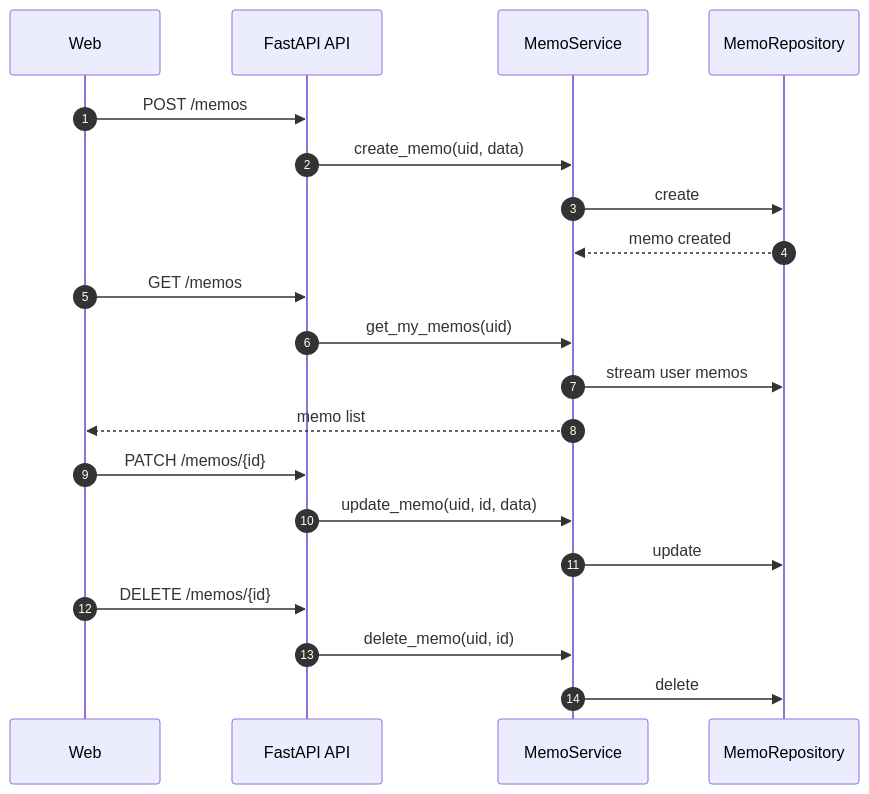
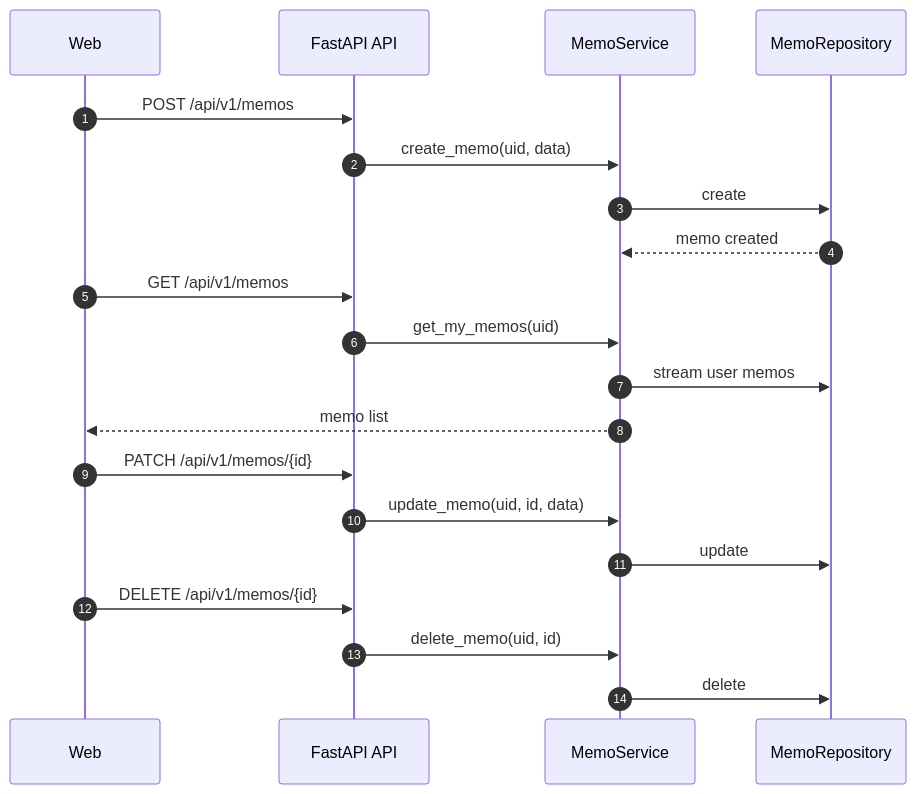
One commit to hwacho9/ai-paper changed diagram 11 of 15 in 프로젝트_서비스_구조_및_도메인별_기능서.md. Above: the diagram before and after it, drawn with Mermaid. The commit also changed other lines of this file and 1 other file, not shown here.

First line of the commit message:
feat: Add comprehensive documentation for AI Paper project architecture and domain logic

````diff
--- a/프로젝트_서비스_구조_및_도메인별_기능서.md
+++ b/프로젝트_서비스_구조_및_도메인별_기능서.md
@@ -802,23 +760,23 @@
 ```mermaid
 sequenceDiagram
   autonumber
   participant W as Web
   participant API as FastAPI API
   participant MS as MemoService
   participant MR as MemoRepository
 
-  W->>API: POST /memos
+  W->>API: POST /api/v1/memos
   API->>MS: create_memo(uid, data)
   MS->>MR: create
   MR-->>MS: memo created
-  W->>API: GET /memos
+  W->>API: GET /api/v1/memos
   API->>MS: get_my_memos(uid)
   MS->>MR: stream user memos
   MS-->>W: memo list
-  W->>API: PATCH /memos/{id}
+  W->>API: PATCH /api/v1/memos/{id}
   API->>MS: update_memo(uid, id, data)
   MS->>MR: update
-  W->>API: DELETE /memos/{id}
+  W->>API: DELETE /api/v1/memos/{id}
   API->>MS: delete_memo(uid, id)
   MS->>MR: delete
 ```
````
